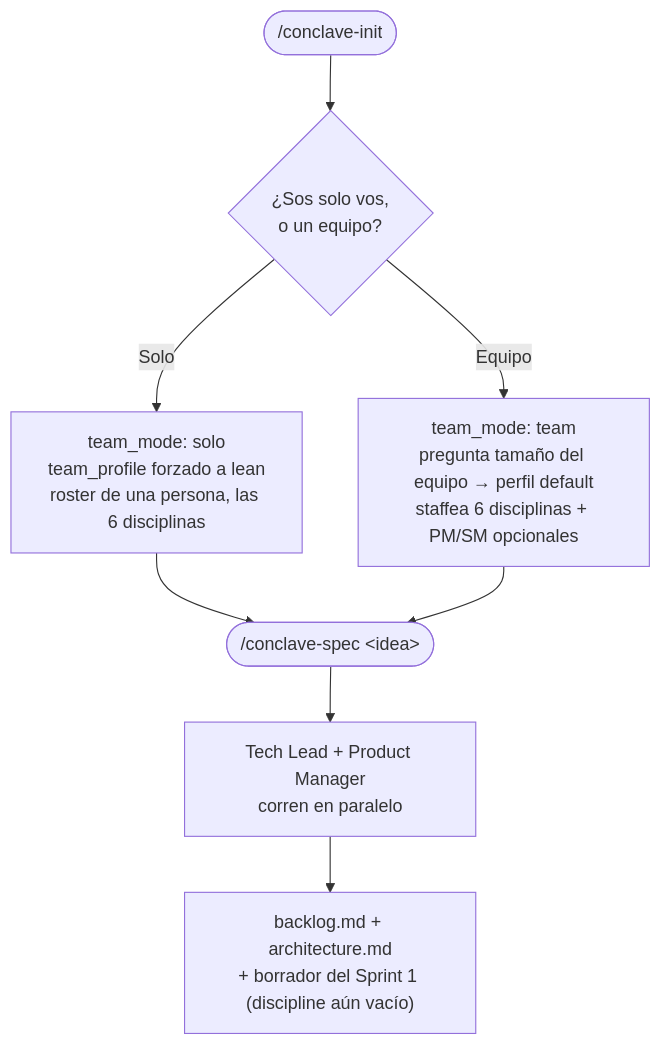
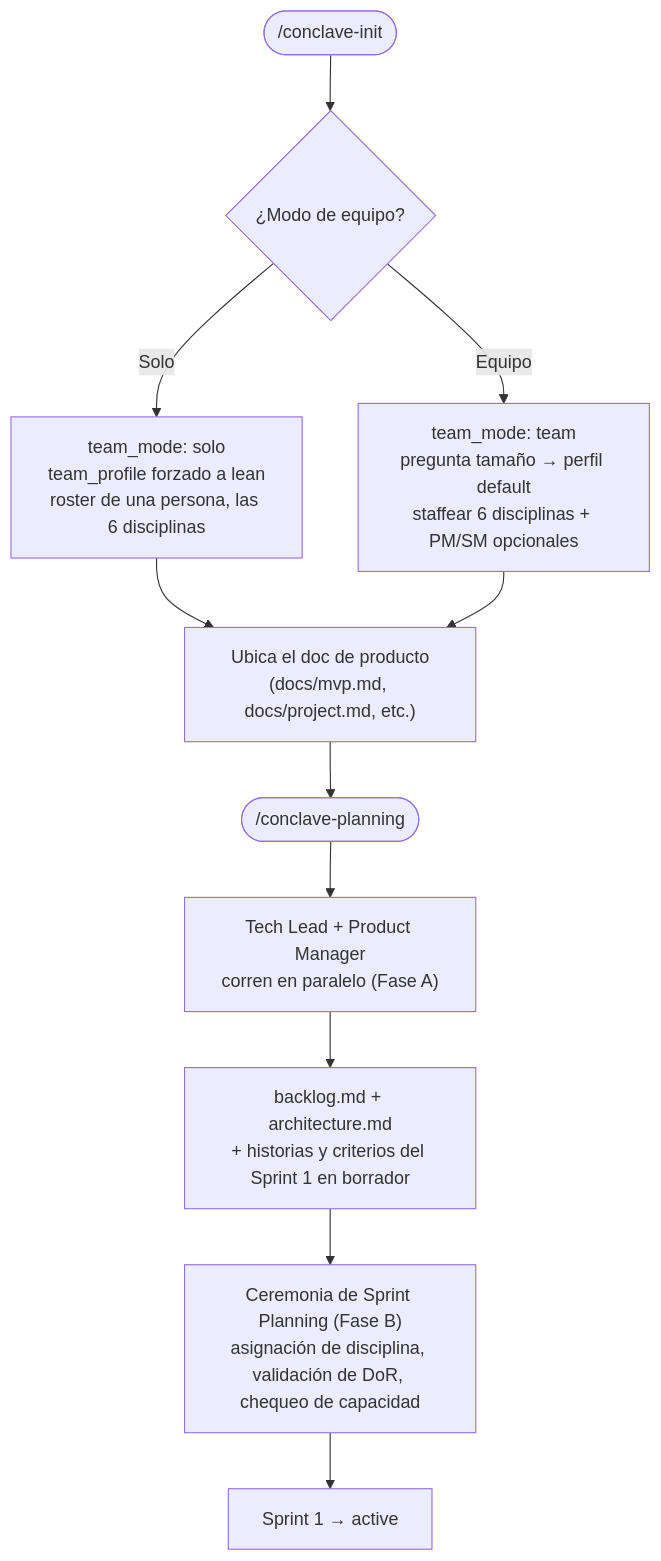
Before and after one commit to giolabs/conclave: the first of 3 diagrams in site/content/es/workflow.mdx, drawn with Mermaid. The commit also changed other lines of this file and 15 other files, not shown here.

First line of the commit message:
docs: update site for /conclave-init wizard merge and /conclave-planning Phase A

````diff
--- a/site/content/es/workflow.mdx
+++ b/site/content/es/workflow.mdx
@@ -12,13 +12,16 @@
 ```mermaid
 flowchart TD
-    Start(["/conclave-init"]) --> Q{"¿Sos solo vos,<br/>o un equipo?"}
+    Start(["/conclave-init"]) --> Q{"¿Modo de equipo?"}
 
     Q -->|Solo| SoloBranch["team_mode: solo<br/>team_profile forzado a lean<br/>roster de una persona, las 6 disciplinas"]
-    Q -->|Equipo| TeamBranch["team_mode: team<br/>pregunta tamaño del equipo → perfil default<br/>staffea 6 disciplinas + PM/SM opcionales"]
+    Q -->|Equipo| TeamBranch["team_mode: team<br/>pregunta tamaño → perfil default<br/>staffear 6 disciplinas + PM/SM opcionales"]
 
-    SoloBranch --> Spec(["/conclave-spec &lt;idea&gt;"])
-    TeamBranch --> Spec
+    SoloBranch --> DocQ["Ubica el doc de producto<br/>(docs/mvp.md, docs/project.md, etc.)"]
+    TeamBranch --> DocQ
 
-    Spec --> Parallel["Tech Lead + Product Manager<br/>corren en paralelo"]
-    Parallel --> Artifacts["backlog.md + architecture.md<br/>+ borrador del Sprint 1 (discipline aún vacío)"]
+    DocQ --> Plan(["/conclave-planning"])
+    Plan --> Parallel["Tech Lead + Product Manager<br/>corren en paralelo (Fase A)"]
+    Parallel --> Artifacts["backlog.md + architecture.md<br/>+ historias y criterios del Sprint 1 en borrador"]
+    Artifacts --> Ceremony["Ceremonia de Sprint Planning (Fase B)<br/>asignación de disciplina, validación de DoR, chequeo de capacidad"]
+    Ceremony --> Active["Sprint 1 → active"]
 ```
````
